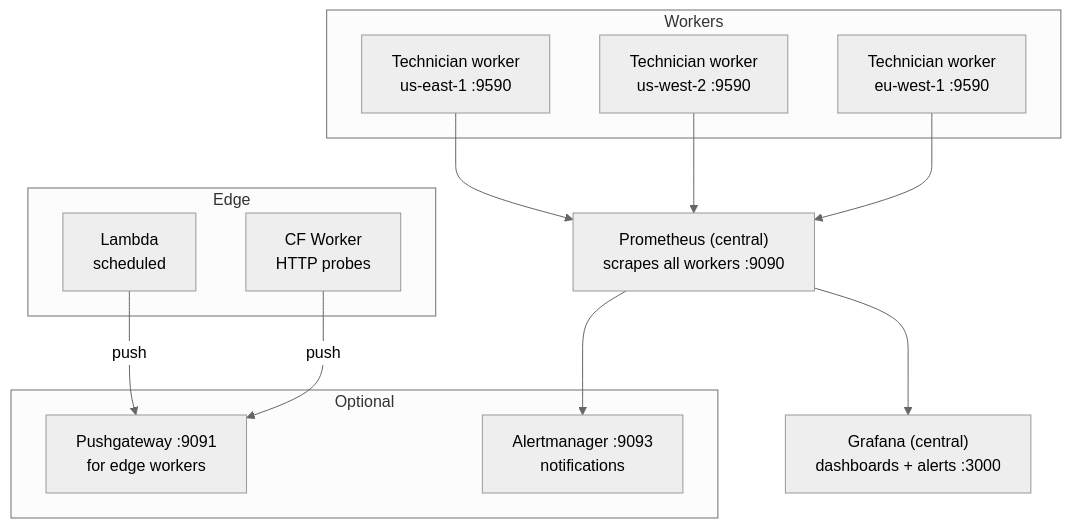
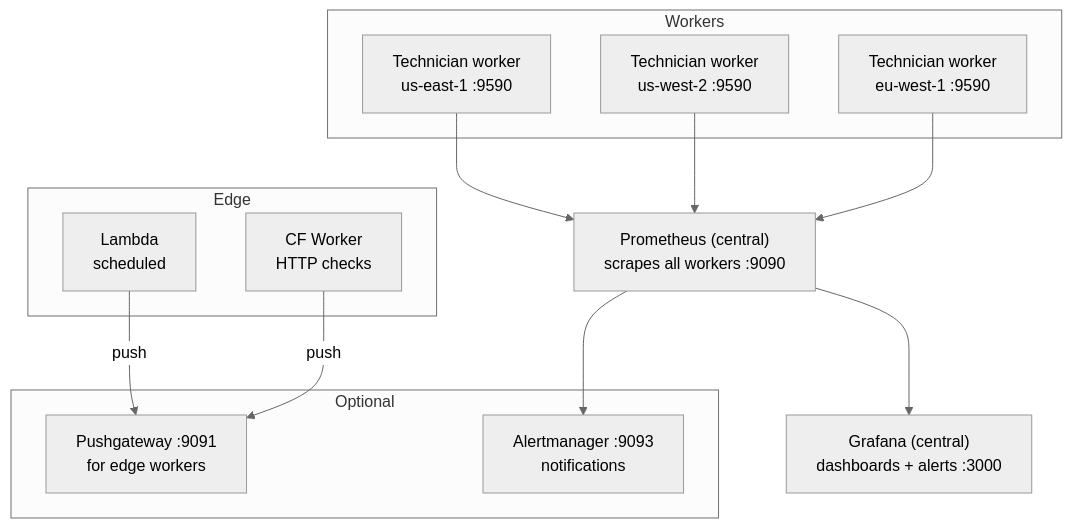
One commit to jesseheady/technician changed the first of 3 diagrams in docs/deployment-sizing.md. Above: the diagram before and after it, drawn with Mermaid (neutral theme). The commit also changed other lines of this file and 53 other files, not shown here.

````diff
--- a/docs/deployment-sizing.md
+++ b/docs/deployment-sizing.md
@@ -105,27 +105,27 @@
 ```mermaid
 graph TD
     subgraph Workers
         W1["Technician worker<br/>us-east-1 :9590"]
         W2["Technician worker<br/>us-west-2 :9590"]
         W3["Technician worker<br/>eu-west-1 :9590"]
     end
 
     W1 --> P["Prometheus (central)<br/>scrapes all workers :9090"]
     W2 --> P
     W3 --> P
     P --> G["Grafana (central)<br/>dashboards + alerts :3000"]
 
     subgraph Optional
         PG["Pushgateway :9091<br/>for edge workers"]
         AM["Alertmanager :9093<br/>notifications"]
     end
 
     subgraph Edge
         L["Lambda<br/>scheduled"]
-        CF["CF Worker<br/>HTTP probes"]
+        CF["CF Worker<br/>HTTP checks"]
     end
 
     L -->|push| PG
     CF -->|push| PG
     P --> AM
 ```
````
